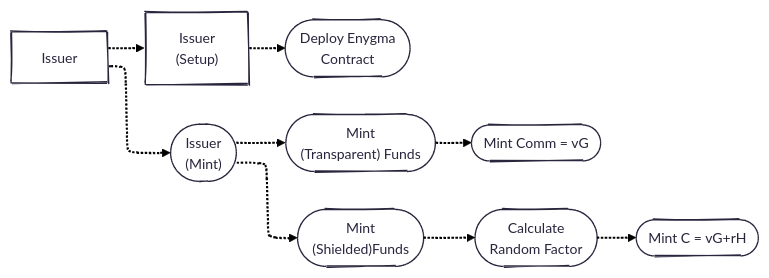
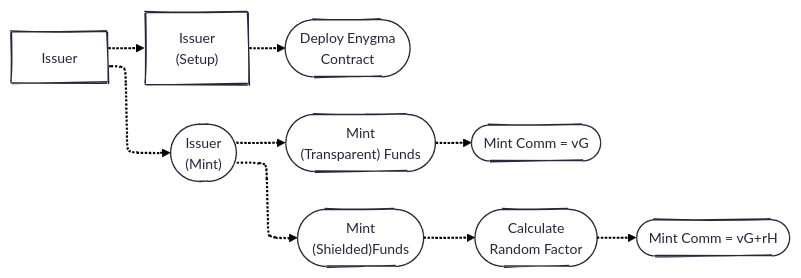
One commit to raylsnetwork/Enygma changed the second of 5 diagrams in enygma_payments/README.md. Above: the diagram before and after it, drawn with Mermaid.

Commit message:
Update mint_stx command in README

````diff
--- a/enygma_payments/README.md
+++ b/enygma_payments/README.md
@@ -42,32 +42,32 @@
 ```mermaid
 ---
 config:
   theme: redux
   layout: elk
   look: handDrawn
 ---
 flowchart LR
 
     %% Entities
     issuer["Issuer"]
 
     %% I (Setup)
     i_setup["Issuer<br>(Setup)"]
     deploy(["Deploy Enygma<br>Contract"])
 
     %% I (Mint)
     i_mint(["Issuer<br>(Mint)"])
     mint_transparent(["Mint<br>(Transparent) Funds"])
     mint_ttx(["Mint Comm = vG"])
     mint_shield(["Mint<br>(Shielded)Funds"])
     calculate_r(["Calculate<br>Random Factor"])
-    mint_stx(["Mint C = vG+rH"])
+    mint_stx(["Mint Comm = vG+rH"])
 
 
     %% Flow Connections
     issuer -.-> i_setup & i_mint
     i_setup -.-> deploy
     i_mint -.-> mint_transparent -.-> mint_ttx
     i_mint -.-> mint_shield -.-> calculate_r -.-> mint_stx
 
 ```
````
